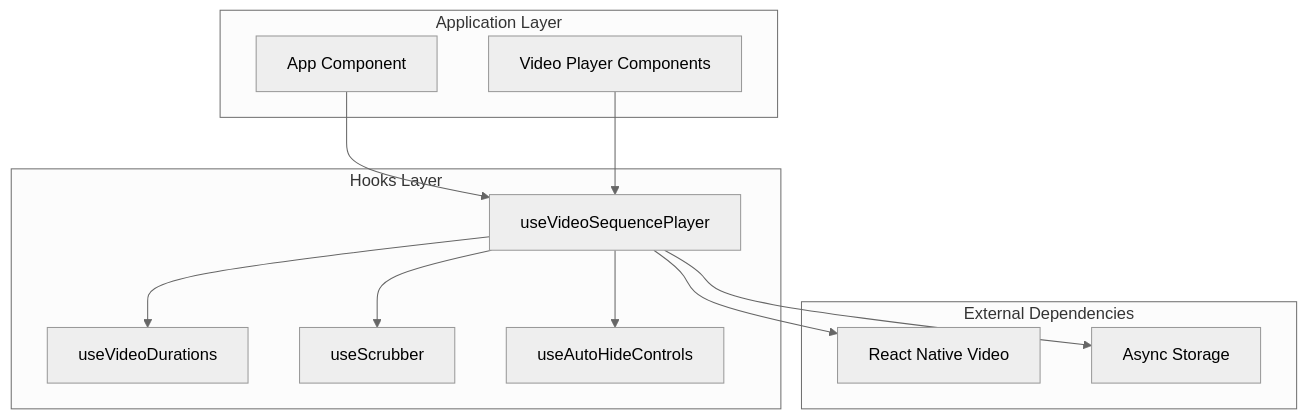
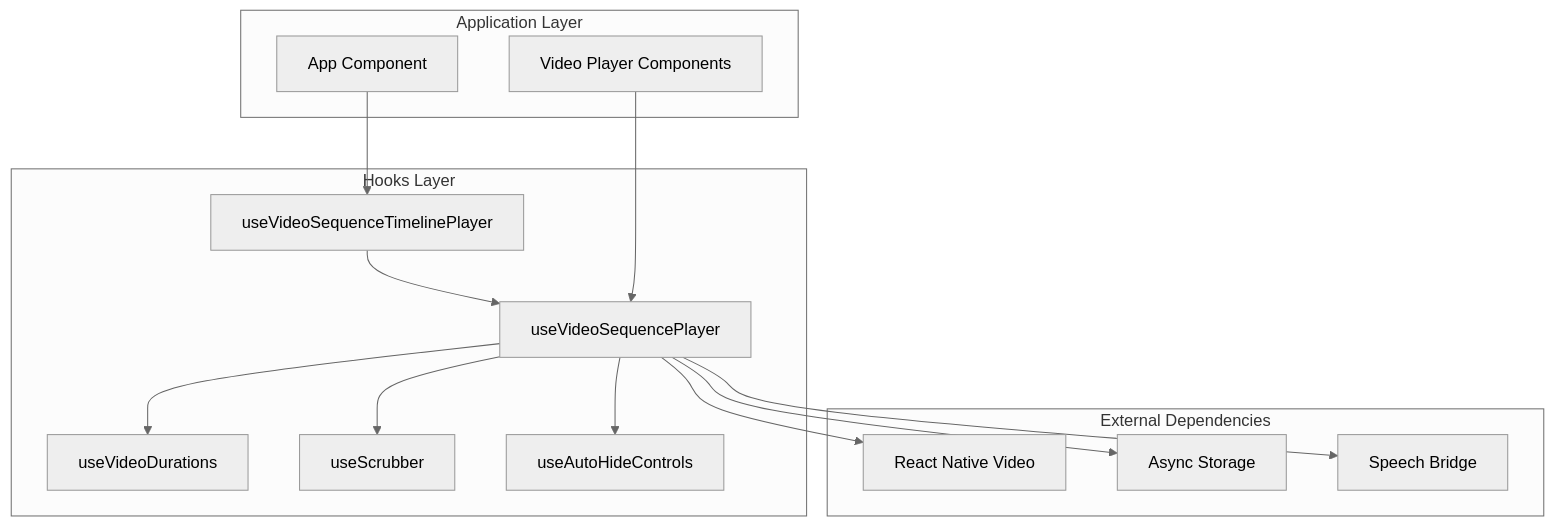
Before and after one commit to 156258852/video-rn: the first of 6 diagrams in .qoder/repowiki/en/content/Custom Hooks Library/useVideoSequencePlayer Hook.md, drawn with Mermaid (neutral theme). The commit also changed other lines of this file and 5 other files, not shown here.

First line of the commit message:
feat: Add WebView Speech Bridge documentation and update export date

````diff
--- a/.qoder/repowiki/en/content/Custom Hooks Library/useVideoSequencePlayer Hook.md
+++ b/.qoder/repowiki/en/content/Custom Hooks Library/useVideoSequencePlayer Hook.md
@@ -48,24 +51,28 @@
 ```mermaid
 graph TB
 subgraph "Hooks Layer"
 VSP["useVideoSequencePlayer"]
 VD["useVideoDurations"]
 SCRUB["useScrubber"]
 AHC["useAutoHideControls"]
+VSTP["useVideoSequenceTimelinePlayer"]
 end
 subgraph "Application Layer"
 APP["App Component"]
 PLAYER["Video Player Components"]
 end
 subgraph "External Dependencies"
 RN["React Native Video"]
 STORAGE["Async Storage"]
+SB["Speech Bridge"]
 end
 VSP --> VD
 VSP --> SCRUB
 VSP --> AHC
-APP --> VSP
+VSTP --> VSP
+APP --> VSTP
 VSP --> RN
 VSP --> STORAGE
+VSP --> SB
 PLAYER --> VSP
 ```
````
